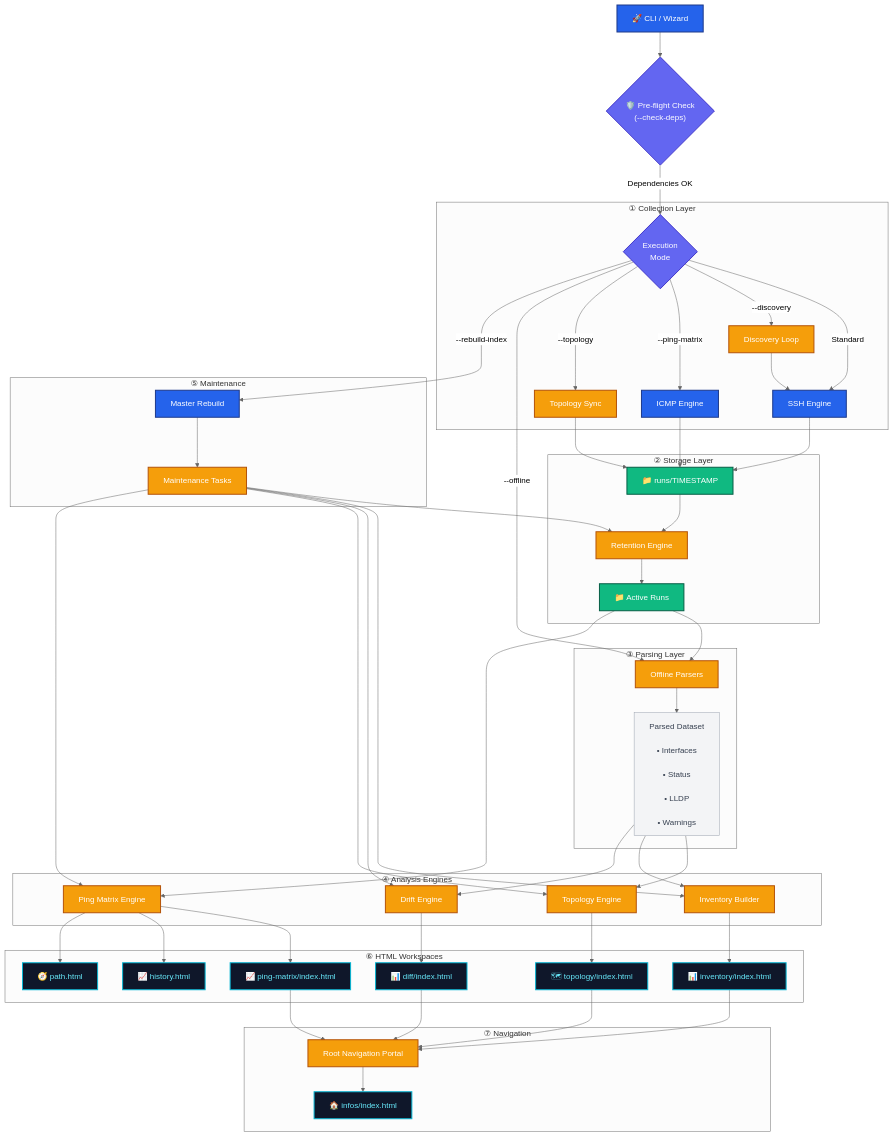
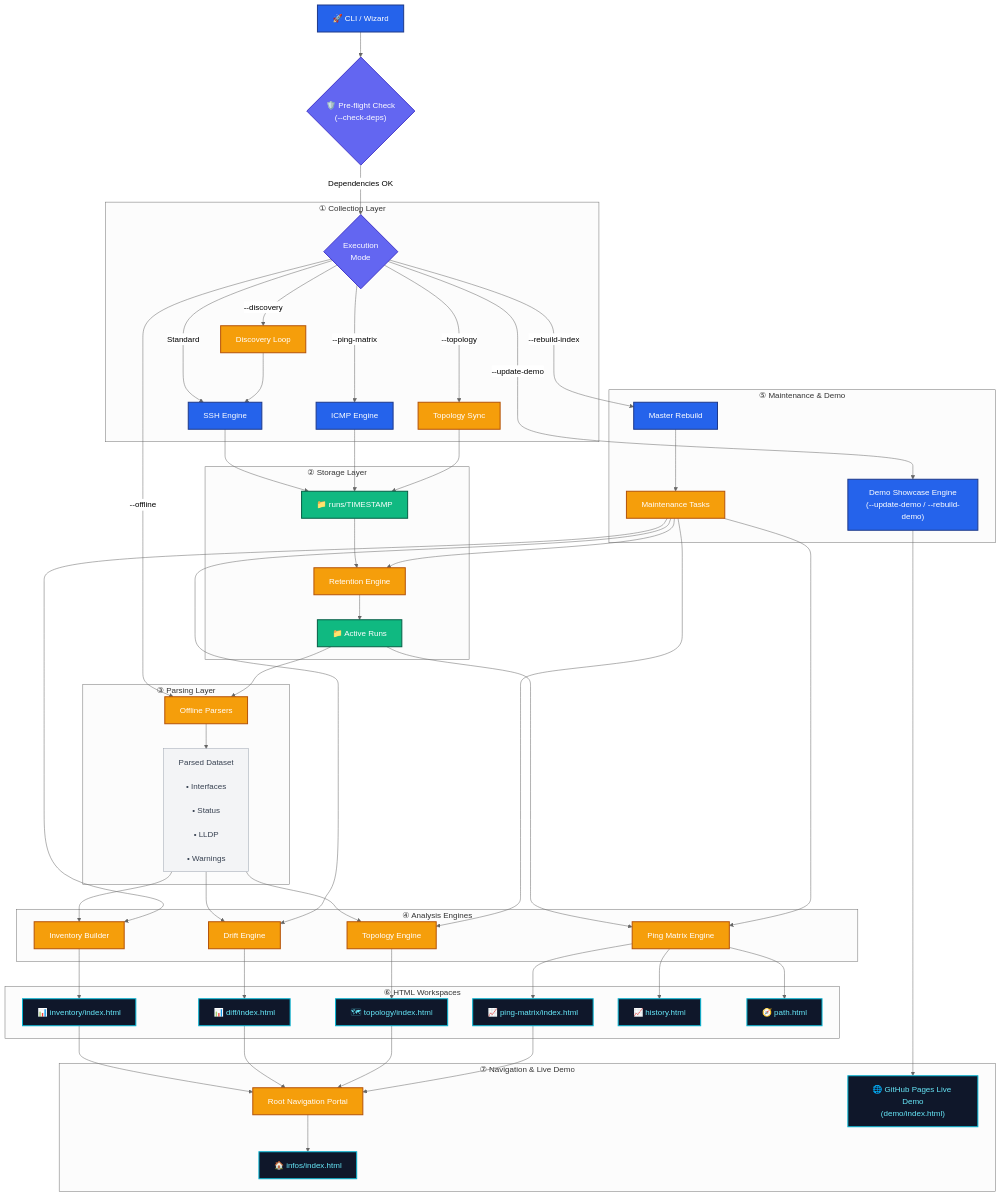
The first of 2 diagrams in README.md (flashbsb/network-data-extractor), drawn with Mermaid (neutral theme) before and after one commit. The commit also changed other lines of this file and 179 other files, not shown here.

````diff
--- a/README.md
+++ b/README.md
@@ -158,13 +194,16 @@
 %% MAINTENANCE
 %% ==========================================================
 
-subgraph L5["⑤ Maintenance"]
+subgraph L5["⑤ Maintenance & Demo"]
 
 REBUILD["Master Rebuild"]:::engine
 
 TASKS["Maintenance Tasks"]:::process
 
+DEMO["Demo Showcase Engine<br/>(--update-demo / --rebuild-demo)"]:::engine
+
 MODE -->|--rebuild-index| REBUILD
+MODE -->|--update-demo| DEMO
 
 REBUILD --> TASKS
 
@@ -210,11 +249,13 @@
 %% ROOT
 %% ==========================================================
 
-subgraph L7["⑦ Navigation"]
+subgraph L7["⑦ Navigation & Live Demo"]
 
 ROOT["Root Navigation Portal"]:::process
 
 INDEX["🏠 infos/index.html"]:::web
+
+PAGES["🌐 GitHub Pages Live Demo<br/>(demo/index.html)"]:::web
 
 INVHTML --> ROOT
 DIFFHTML --> ROOT
@@ -223,5 +264,7 @@
 
 ROOT --> INDEX
 
+DEMO --> PAGES
+
 end
 ```
````
